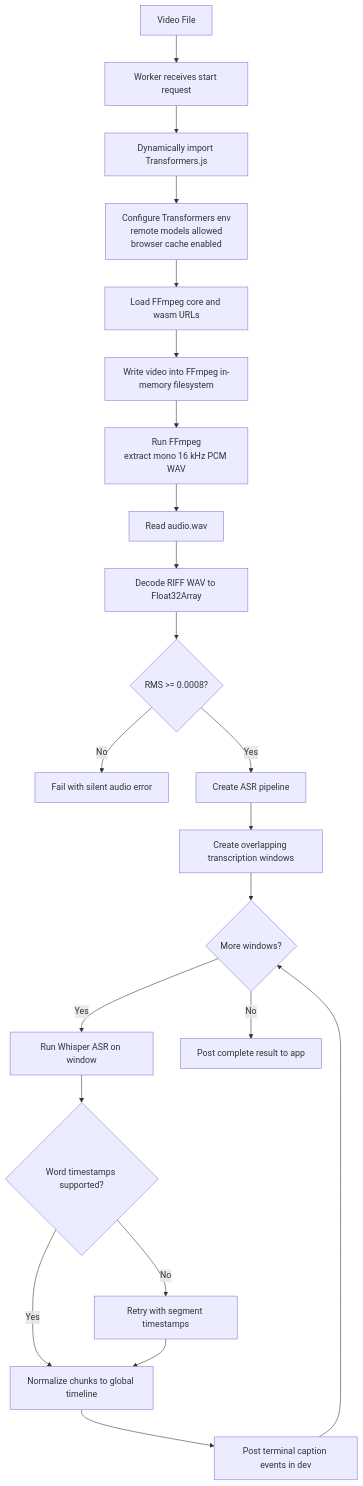
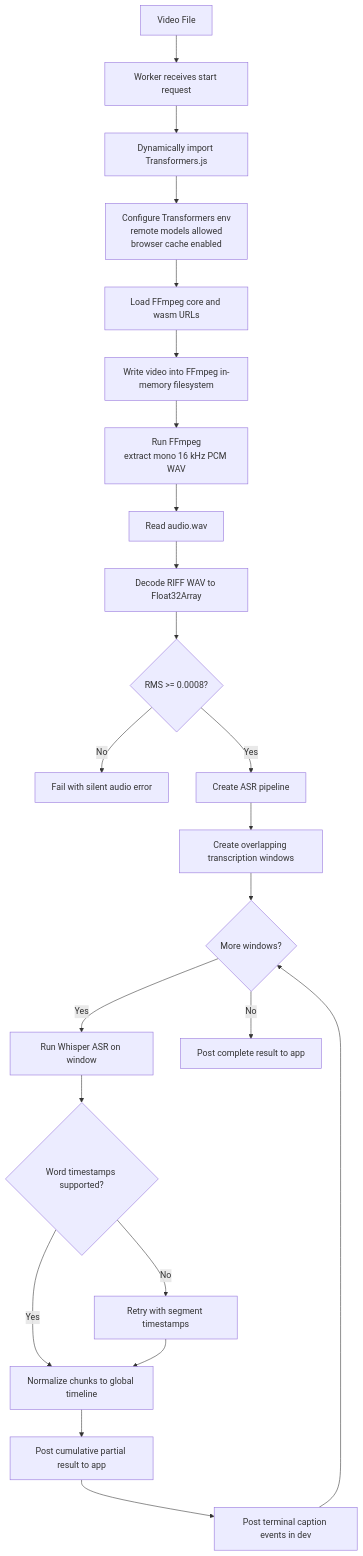
Before and after one commit to zxyandreay/auto-subtitle: the fifth of 17 diagrams in docs/project-state.md, drawn with Mermaid. The commit also changed other lines of this file and 8 other files, not shown here.

````diff
--- a/docs/project-state.md
+++ b/docs/project-state.md
@@ -271,24 +272,25 @@
 ```mermaid
 flowchart TD
     File["Video File"] --> WorkerStart["Worker receives start request"]
     WorkerStart --> DynamicImport["Dynamically import Transformers.js"]
     DynamicImport --> Env["Configure Transformers env\nremote models allowed\nbrowser cache enabled"]
     Env --> FfmpegLoad["Load FFmpeg core and wasm URLs"]
     FfmpegLoad --> WriteInput["Write video into FFmpeg in-memory filesystem"]
     WriteInput --> FfmpegExec["Run FFmpeg\nextract mono 16 kHz PCM WAV"]
     FfmpegExec --> ReadWav["Read audio.wav"]
     ReadWav --> Decode["Decode RIFF WAV to Float32Array"]
     Decode --> Silence{"RMS >= 0.0008?"}
     Silence -->|No| Error["Fail with silent audio error"]
     Silence -->|Yes| LoadPipeline["Create ASR pipeline"]
     LoadPipeline --> Windows["Create overlapping transcription windows"]
     Windows --> Loop{"More windows?"}
     Loop -->|Yes| Asr["Run Whisper ASR on window"]
     Asr --> TimestampFallback{"Word timestamps supported?"}
     TimestampFallback -->|No| SegmentRetry["Retry with segment timestamps"]
     TimestampFallback -->|Yes| Normalize["Normalize chunks to global timeline"]
     SegmentRetry --> Normalize
-    Normalize --> CaptionLog["Post terminal caption events in dev"]
+    Normalize --> PartialPreview["Post cumulative partial result to app"]
+    PartialPreview --> CaptionLog["Post terminal caption events in dev"]
     CaptionLog --> Loop
     Loop -->|No| Complete["Post complete result to app"]
 ```
````
